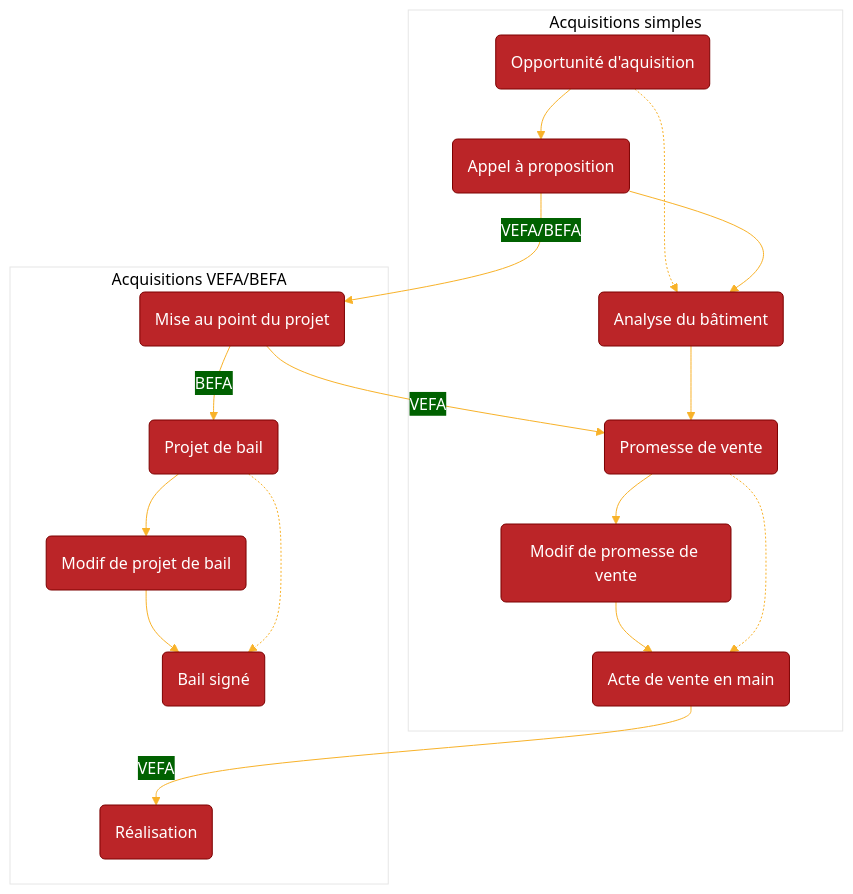
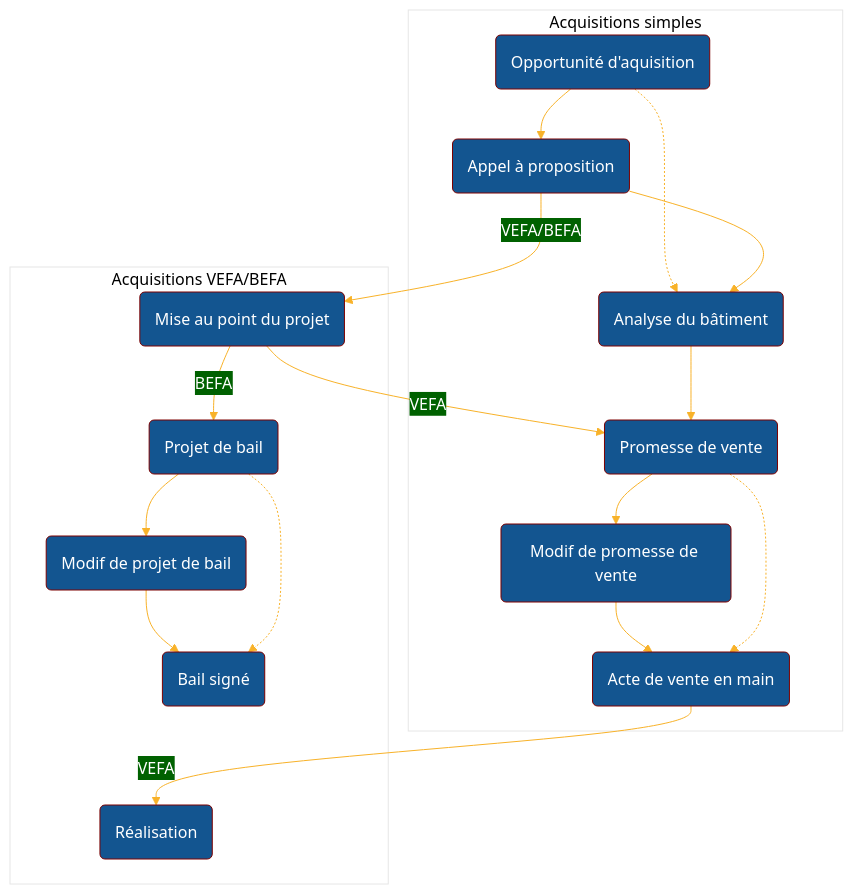
One commit to jonas18121/help changed the second of 3 diagrams in Markdown/doc/doc.md. Above: the diagram before and after it, drawn with Mermaid.

Commit message:
update markdown

````diff
--- a/Markdown/doc/doc.md
+++ b/Markdown/doc/doc.md
@@ -81,36 +81,36 @@
 ```mermaid {theme: 'dark', scale: 0.8}
 %%{
   init: {
     'theme': 'base',
     'themeVariables': {
-      'primaryColor': '#BB2528',
+      'primaryColor': '#135590',
       'primaryTextColor': '#fff',
       'primaryBorderColor': '#7C0000',
       'lineColor': '#F8B229',
       'secondaryColor': '#006100',
       'tertiaryColor': '#fff'
     }
   }
 }%%
 
 graph TB
     subgraph "Acquisitions simples"
     O1("Opportunité d'aquisition") --> A1("Appel à proposition")
     O1  -.-> A2("Analyse du bâtiment")
     A1 --> A2
     A2 --> P1("Promesse de vente")
     P1 --> M1("Modif de promesse de vente")
     M1 --> A3("Acte de vente en main")
     P1 -.-> A3
     end
 
     subgraph "Acquisitions VEFA/BEFA"
     A1 -- VEFA/BEFA --> M2("Mise au point du projet")
     M2 -- VEFA --> P1
     M2 -- BEFA --> P2("Projet de bail")
     P2 --> M3("Modif de projet de bail")
     M3 --> B1("Bail signé")
     P2 -.-> B1
     A3 -- VEFA --> R1("Réalisation")
     end
 ```
````
